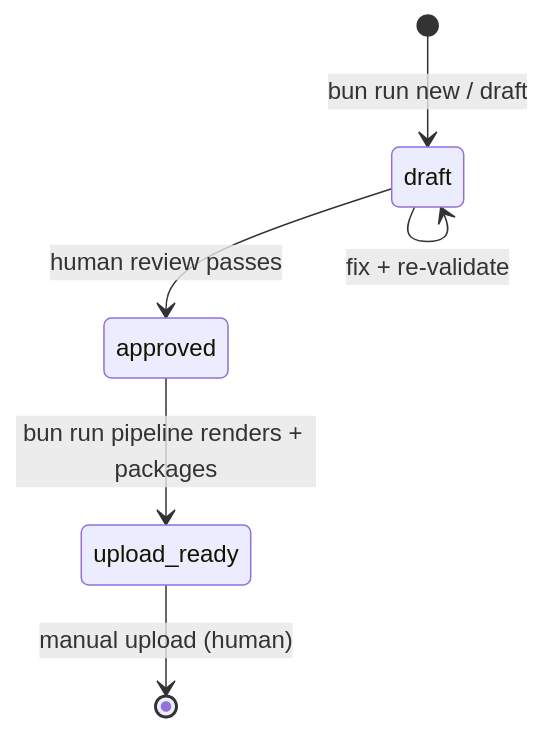
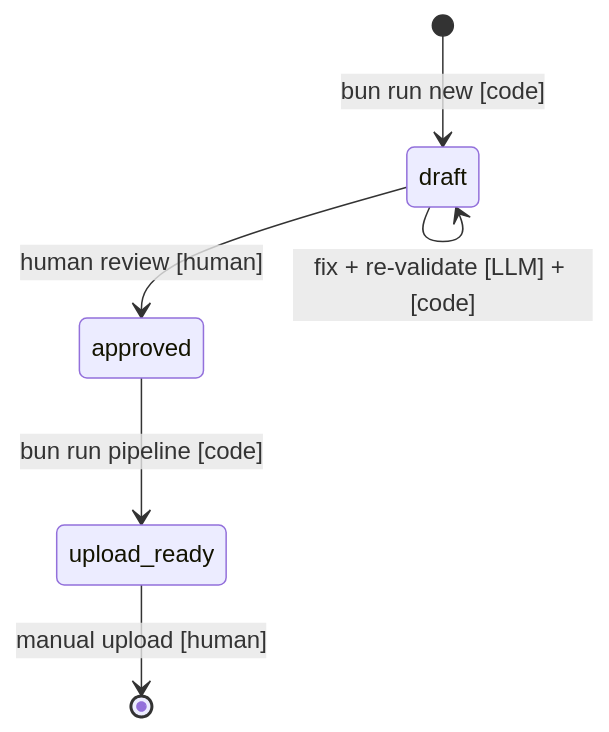
Before and after one commit to jondmarien/ai-ugc-pipeline: the fourth of 4 diagrams in renderer/docs/DRAFT_PIPELINE_ARCHITECTURE.md, drawn with Mermaid. The commit also changed other lines of this file and 2 other files, not shown here.

First line of the commit message:
docs: annotate all architecture diagrams with [LLM]/[code]/[human]

````diff
--- a/renderer/docs/DRAFT_PIPELINE_ARCHITECTURE.md
+++ b/renderer/docs/DRAFT_PIPELINE_ARCHITECTURE.md
@@ -117,8 +123,8 @@
 ```mermaid
 stateDiagram-v2
-  [*] --> draft: bun run new / draft
-  draft --> draft: fix + re-validate
-  draft --> approved: human review passes
-  approved --> upload_ready: bun run pipeline renders + packages
-  upload_ready --> [*]: manual upload (human)
+  [*] --> draft: bun run new [code]
+  draft --> draft: fix + re-validate [LLM] + [code]
+  draft --> approved: human review [human]
+  approved --> upload_ready: bun run pipeline [code]
+  upload_ready --> [*]: manual upload [human]
 ```
````
